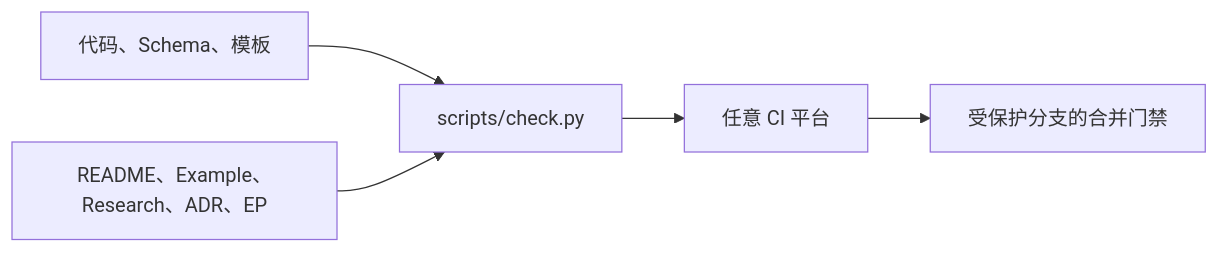
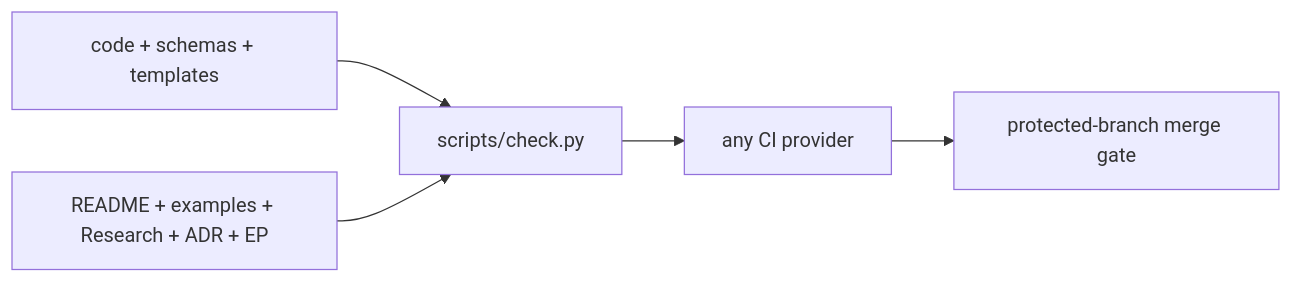
Before and after one commit to XiaoWeiKIN/RepoFoundryAI: the fifth of 5 diagrams in README.md, drawn with Mermaid. The commit also changed other lines of this file and 3 other files, not shown here.

````diff
--- a/README.md
+++ b/README.md
@@ -515,7 +569,7 @@
 ```mermaid
 flowchart LR
-    S["代码、Schema、模板"] --> C["scripts/check.py"]
-    D["README、Example、Research、ADR、EP"] --> C
-    C --> P["任意 CI 平台"]
-    P --> G["受保护分支的合并门禁"]
+    S["code + schemas + templates"] --> C["scripts/check.py"]
+    D["README + examples + Research + ADR + EP"] --> C
+    C --> P["any CI provider"]
+    P --> G["protected-branch merge gate"]
 ```
````
